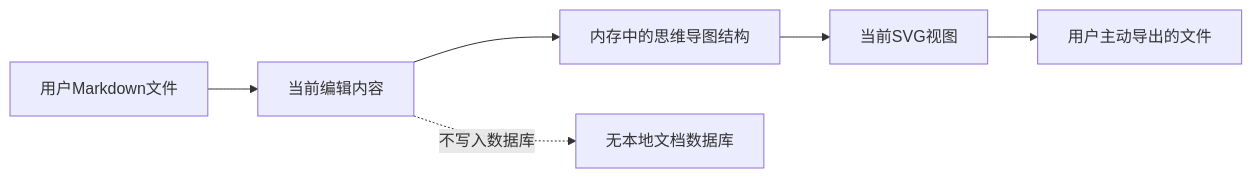
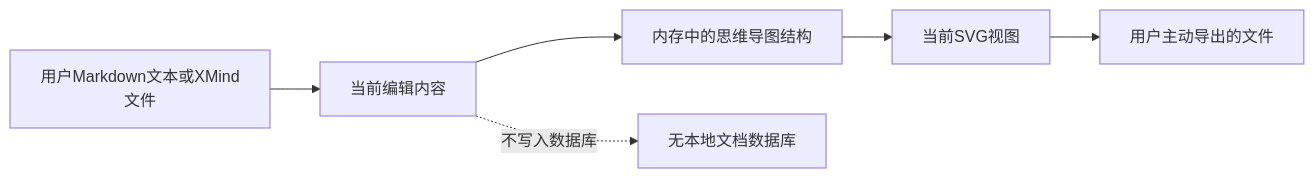
One commit to ddll8023/mindmap changed the fourth of 4 diagrams in doc/模块说明文档.md. Above: the diagram before and after it, drawn with Mermaid. The commit also changed other lines of this file and 14 other files, not shown here.

````diff
--- a/doc/模块说明文档.md
+++ b/doc/模块说明文档.md
@@ -439,8 +439,8 @@
 ```mermaid
 flowchart LR
-    SourceFile[用户Markdown文件] --> Memory[当前编辑内容]
+    SourceFile[用户Markdown文本或XMind文件] --> Memory[当前编辑内容]
     Memory --> Tree[内存中的思维导图结构]
     Tree --> View[当前SVG视图]
     View --> ExportFile[用户主动导出的文件]
     Memory -. 不写入数据库 .-> NoDB[无本地文档数据库]
 ```
````
